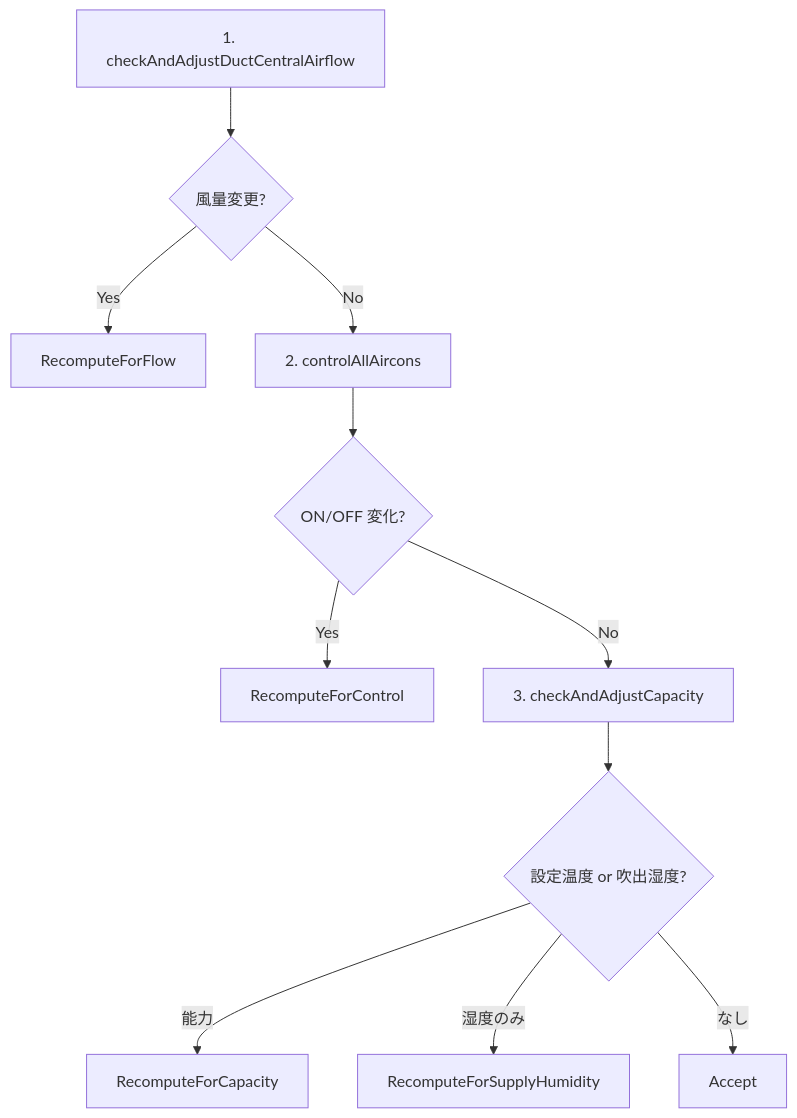
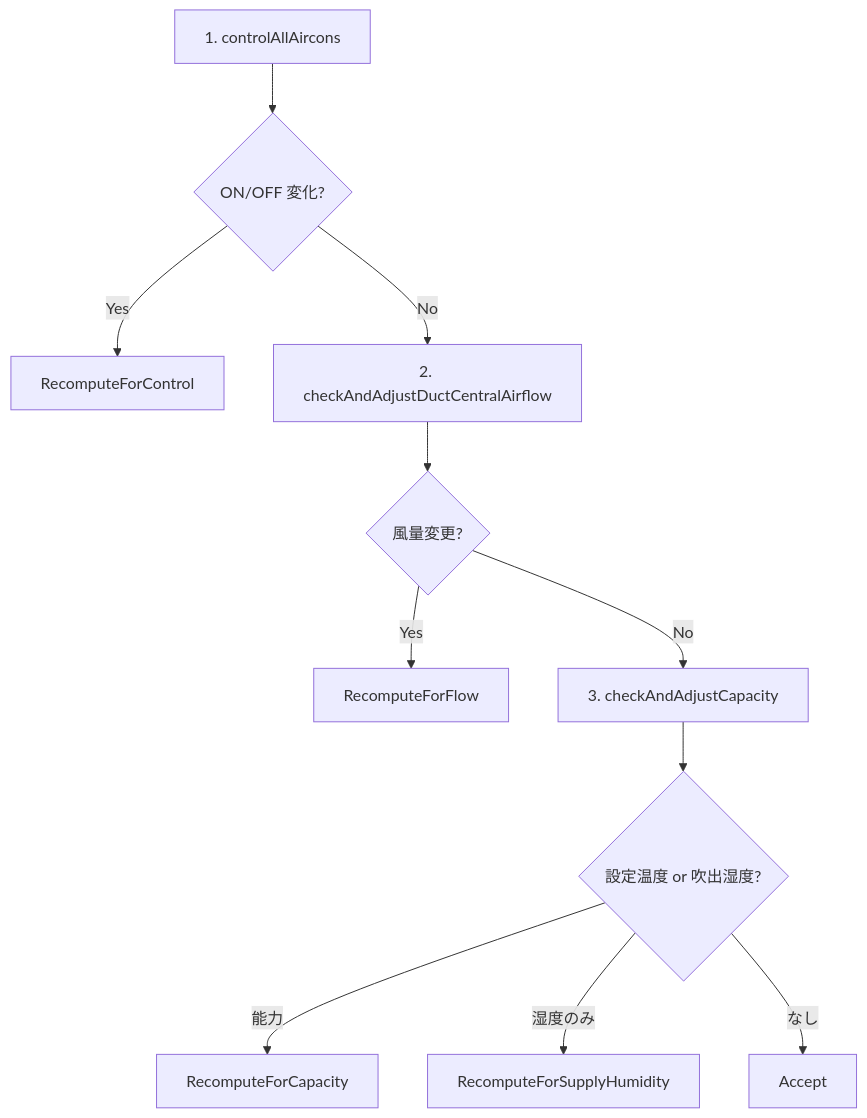
One commit to iguchi-lab/vtsimnx changed the ninth of 11 diagrams in engine/docs/simulation_loops.md. Above: the diagram before and after it, drawn with Mermaid. The commit also changed other lines of this file and 11 other files, not shown here.

````diff
--- a/engine/docs/simulation_loops.md
+++ b/engine/docs/simulation_loops.md
@@ -176,13 +176,13 @@
 ```mermaid
 flowchart TD
-    A["1. checkAndAdjustDuctCentralAirflow"] --> B{"風量変更?"}
-    B -->|Yes| R1["RecomputeForFlow"]
-    B -->|No| C["2. controlAllAircons"]
-    C --> D{"ON/OFF 変化?"}
-    D -->|Yes| R2["RecomputeForControl"]
+    A["1. controlAllAircons"] --> B{"ON/OFF 変化?"}
+    B -->|Yes| R2["RecomputeForControl"]
+    B -->|No| C["2. checkAndAdjustDuctCentralAirflow"]
+    C --> D{"風量変更?"}
+    D -->|Yes| R1["RecomputeForFlow"]
     D -->|No| E["3. checkAndAdjustCapacity"]
     E --> F{"設定温度 or 吹出湿度?"}
     F -->|能力| R3["RecomputeForCapacity"]
     F -->|湿度のみ| R4["RecomputeForSupplyHumidity"]
     F -->|なし| OK["Accept"]
 ```
````
